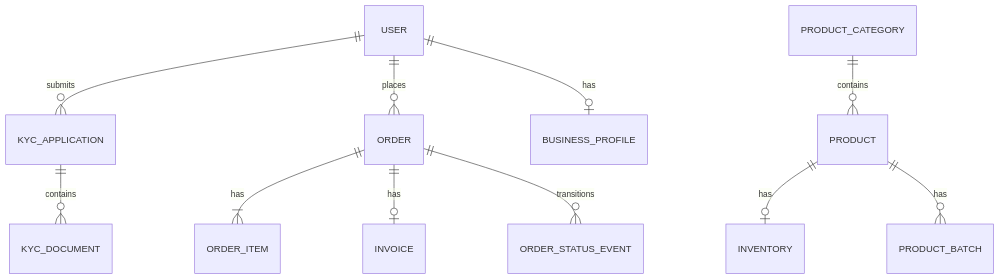
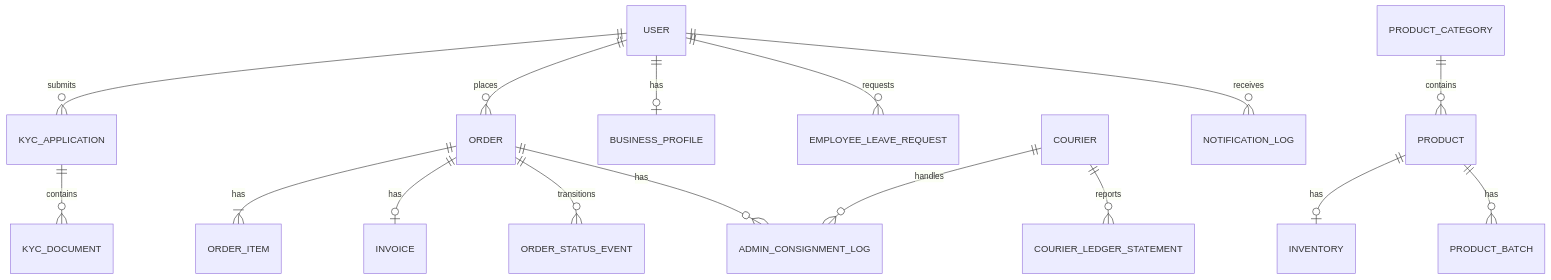
Before and after one commit to ParthBotre/parshlo: the fourth of 4 diagrams in docs/architecture.md, drawn with Mermaid. The commit also changed other lines of this file and 11 other files, not shown here.

````diff
--- a/docs/architecture.md
+++ b/docs/architecture.md
@@ -118,13 +113,18 @@
 ```mermaid
 erDiagram
   USER ||--o{ KYC_APPLICATION : submits
   USER ||--o{ ORDER : places
   USER ||--o| BUSINESS_PROFILE : has
   KYC_APPLICATION ||--o{ KYC_DOCUMENT : contains
   PRODUCT ||--o| INVENTORY : has
   PRODUCT ||--o{ PRODUCT_BATCH : has
   PRODUCT_CATEGORY ||--o{ PRODUCT : contains
   ORDER ||--|{ ORDER_ITEM : has
   ORDER ||--o| INVOICE : has
   ORDER ||--o{ ORDER_STATUS_EVENT : transitions
+  ORDER ||--o{ ADMIN_CONSIGNMENT_LOG : has
+  COURIER ||--o{ ADMIN_CONSIGNMENT_LOG : handles
+  COURIER ||--o{ COURIER_LEDGER_STATEMENT : reports
+  USER ||--o{ EMPLOYEE_LEAVE_REQUEST : requests
+  USER ||--o{ NOTIFICATION_LOG : receives
 ```
````
